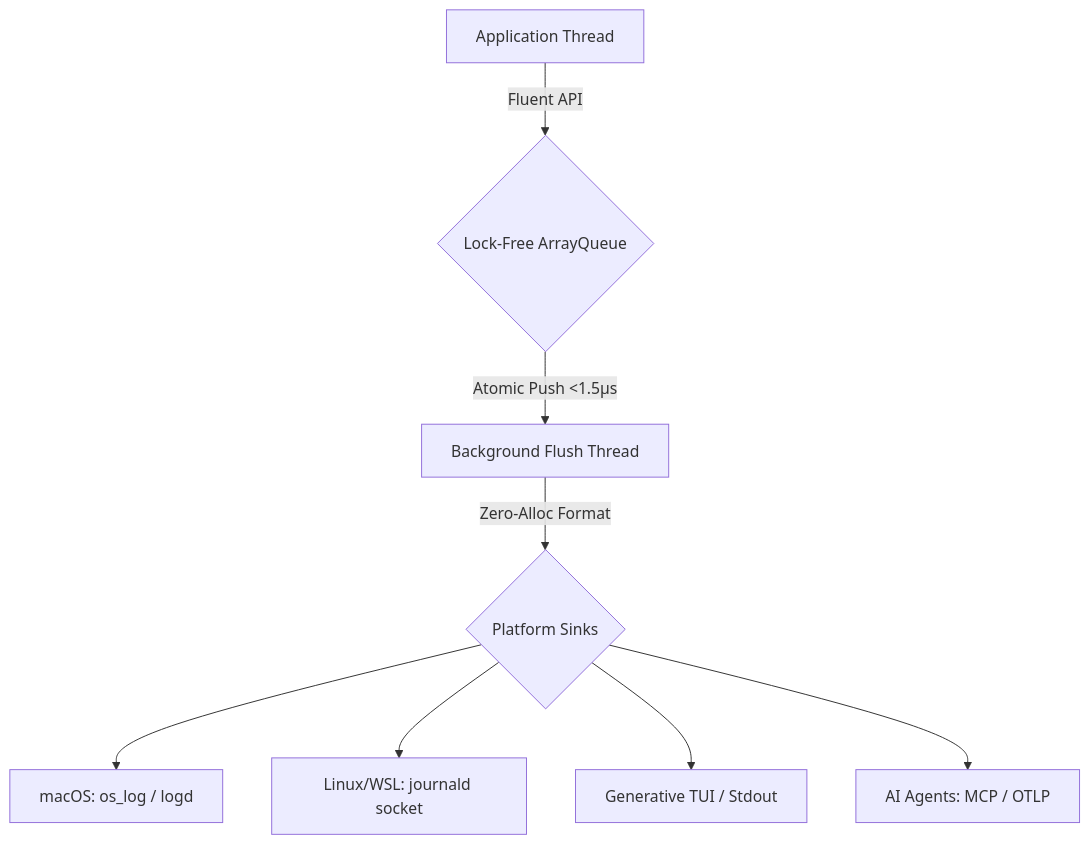
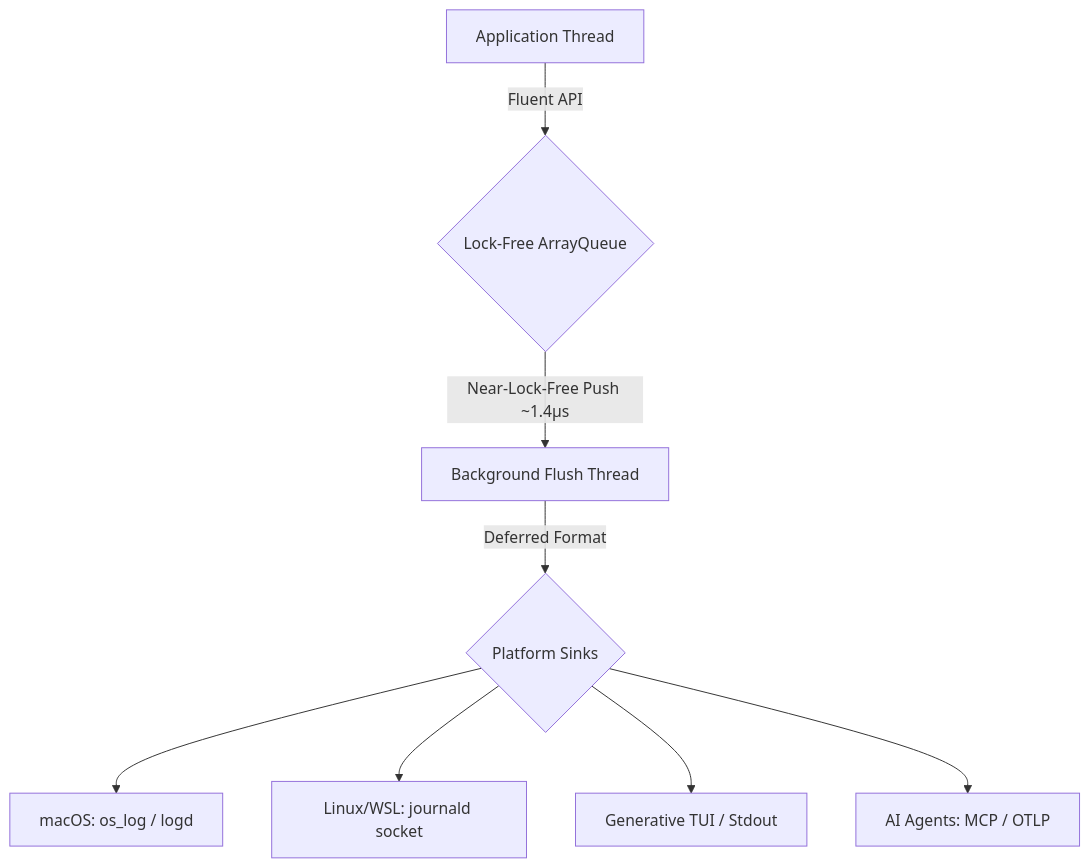
One commit to sebastienrousseau/rlg changed the diagram in README.md. Above: the diagram before and after it, drawn with Mermaid. The commit also changed other lines of this file and 27 other files, not shown here.

First line of the commit message:
feat: v0.0.7 enhancements — near-lock-free hot path, low-alloc log build, rotation, smart defaults

````diff
--- a/README.md
+++ b/README.md
@@ -61,10 +61,10 @@
 ```mermaid
 graph TD
     A[Application Thread] -->|Fluent API| B{Lock-Free ArrayQueue}
-    B -->|Atomic Push <1.5µs| C[Background Flush Thread]
-    C -->|Zero-Alloc Format| D{Platform Sinks}
+    B -->|Near-Lock-Free Push ~1.4µs| C[Background Flush Thread]
+    C -->|Deferred Format| D{Platform Sinks}
     D --> E[macOS: os_log / logd]
     D --> F[Linux/WSL: journald socket]
     D --> G[Generative TUI / Stdout]
     D --> H[AI Agents: MCP / OTLP]
 ```
````
